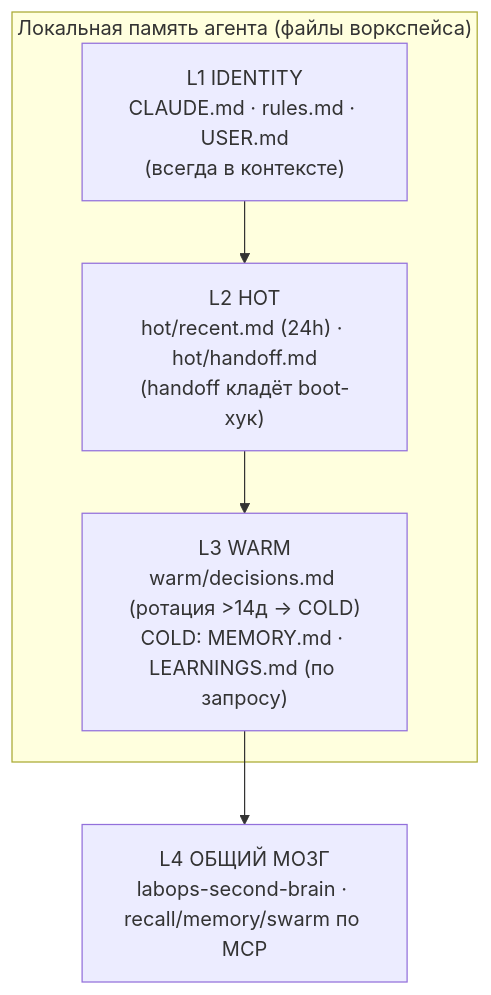
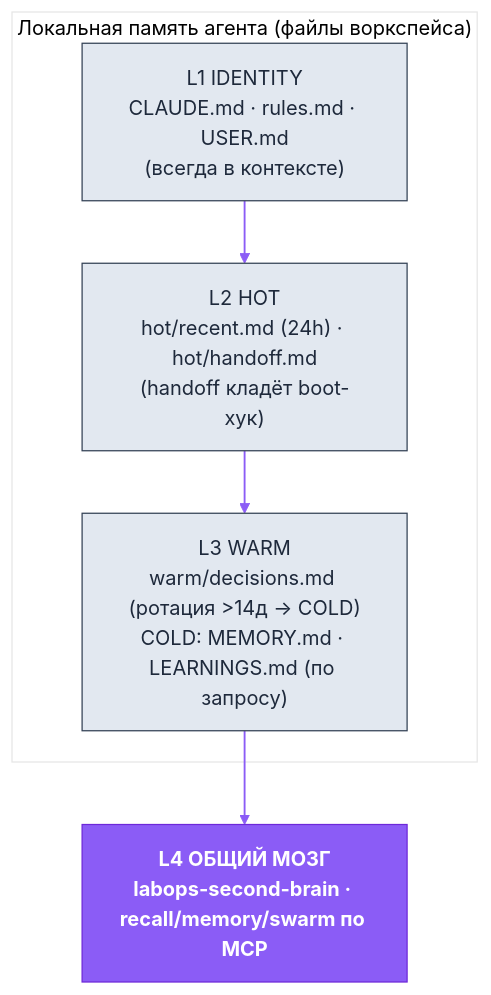
Before and after one commit to dediukhinpa/labops-agent-architecture: the third of 4 diagrams in README.ru.md, drawn with Mermaid. The commit also changed other lines of this file and 1 other file, not shown here.

First line of the commit message:
docs: brand-styled diagrams + GitHub alert callouts (EN+RU)

````diff
--- a/README.ru.md
+++ b/README.ru.md
@@ -184,10 +206,18 @@
 ```mermaid
+%%{init: {'theme':'base','themeVariables':{'primaryColor':'#EDE9FE','primaryTextColor':'#4C1D95','primaryBorderColor':'#8B5CF6','lineColor':'#8B5CF6','secondaryColor':'#F1F5F9','tertiaryColor':'#ffffff','fontFamily':'Helvetica,Arial,sans-serif'}}}%%
 flowchart TB
   subgraph local["Локальная память агента (файлы воркспейса)"]
     L1["L1 IDENTITY<br/>CLAUDE.md · rules.md · USER.md<br/>(всегда в контексте)"]
     L2["L2 HOT<br/>hot/recent.md (24h) · hot/handoff.md<br/>(handoff кладёт boot-хук)"]
     L3["L3 WARM<br/>warm/decisions.md (ротация >14д → COLD)<br/>COLD: MEMORY.md · LEARNINGS.md (по запросу)"]
   end
   L4["L4 ОБЩИЙ МОЗГ<br/>labops-second-brain · recall/memory/swarm по MCP"]
   L1 --> L2 --> L3 --> L4
+  classDef brand fill:#8B5CF6,stroke:#6D28D9,color:#ffffff,font-weight:bold
+  classDef ext fill:#CCFBF1,stroke:#0D9488,color:#0F766E
+  classDef store fill:#FEF3C7,stroke:#D97706,color:#92400E
+  classDef sys fill:#E2E8F0,stroke:#334155,color:#1E293B
+  linkStyle default stroke:#8B5CF6,stroke-width:1.5px
+  class L4 brand
+  class L1,L2,L3 sys
 ```
````
